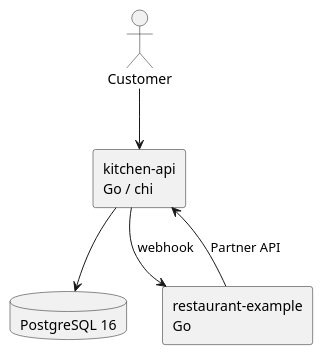
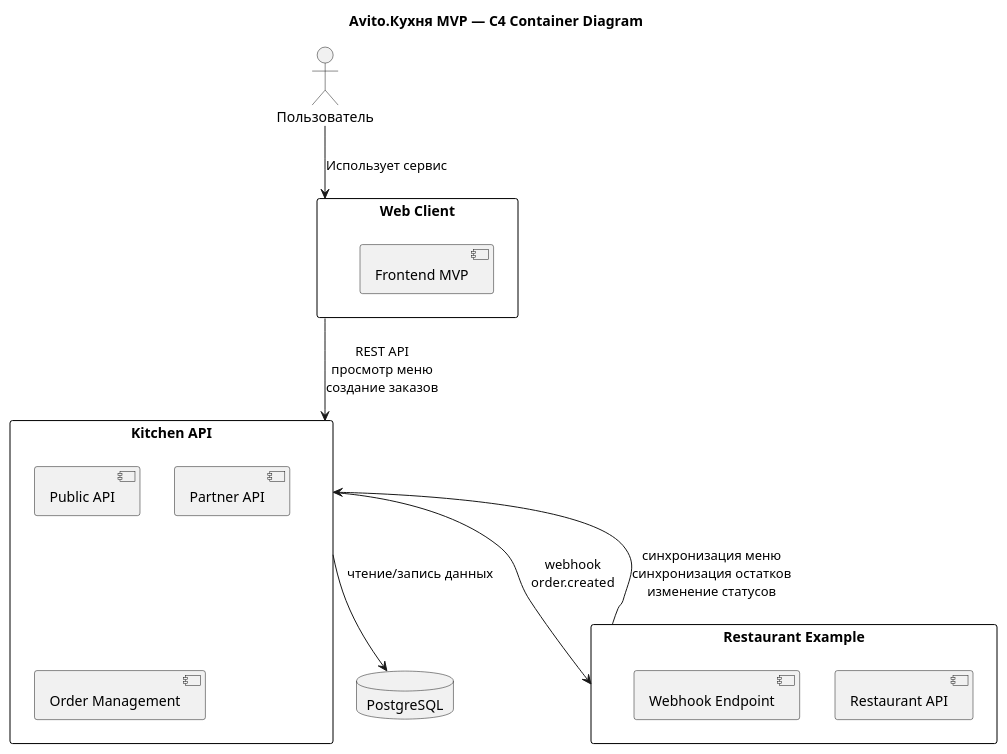
Before and after one commit to IlyaBobkin/AvitoTask: the diagram in docs/c4-containers.puml, drawn with PlantUML. The commit also changed other lines of this file and 3 other files, not shown here.

```diff
--- a/docs/c4-containers.puml
+++ b/docs/c4-containers.puml
@@ -1,10 +1,39 @@
 @startuml
-actor Customer
-rectangle "kitchen-api\nGo / chi" as api
-database "PostgreSQL 16" as db
-rectangle "restaurant-example\nGo" as rest
-Customer --> api
-api --> db
-api --> rest : webhook
-rest --> api : Partner API
+
+title Avito.Кухня MVP — C4 Container Diagram
+
+skinparam rectangle {
+BackgroundColor white
+BorderColor black
+}
+
+actor "Пользователь" as Customer
+
+rectangle "Web Client" as Web {
+[Frontend MVP]
+}
+
+rectangle "Kitchen API" as API {
+[Public API]
+[Partner API]
+[Order Management]
+}
+
+database "PostgreSQL" as DB
+
+rectangle "Restaurant Example" as Restaurant {
+[Restaurant API]
+[Webhook Endpoint]
+}
+
+Customer --> Web : Использует сервис
+
+Web --> API : REST API\nпросмотр меню\nсоздание заказов
+
+API --> DB : чтение/запись данных
+
+Restaurant --> API : синхронизация меню\nсинхронизация остатков\nизменение статусов
+
+API --> Restaurant : webhook\norder.created
+
 @enduml
```
